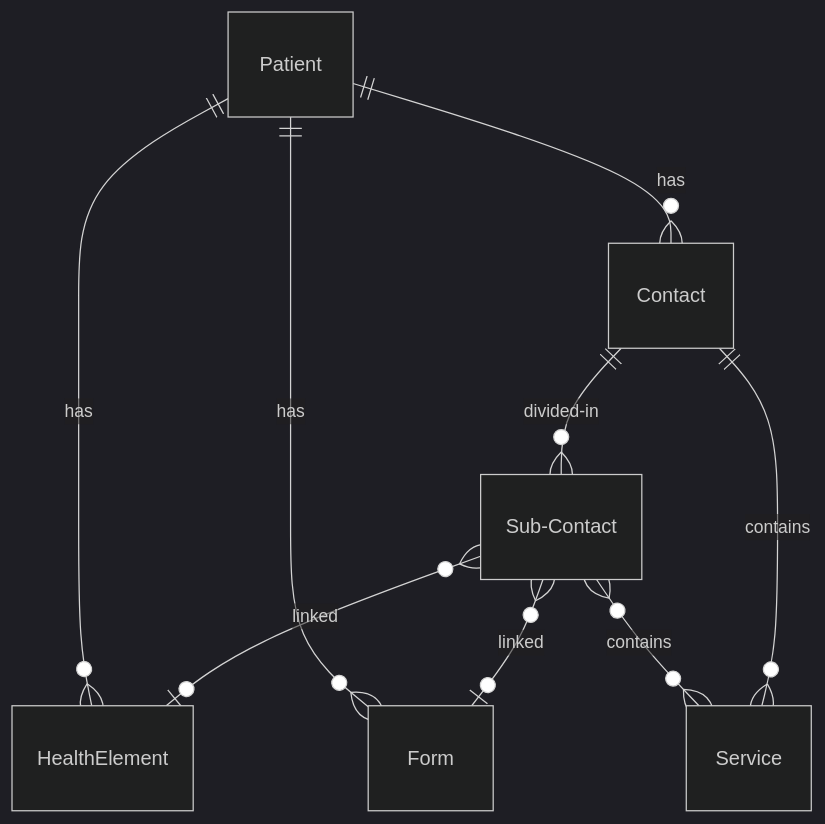
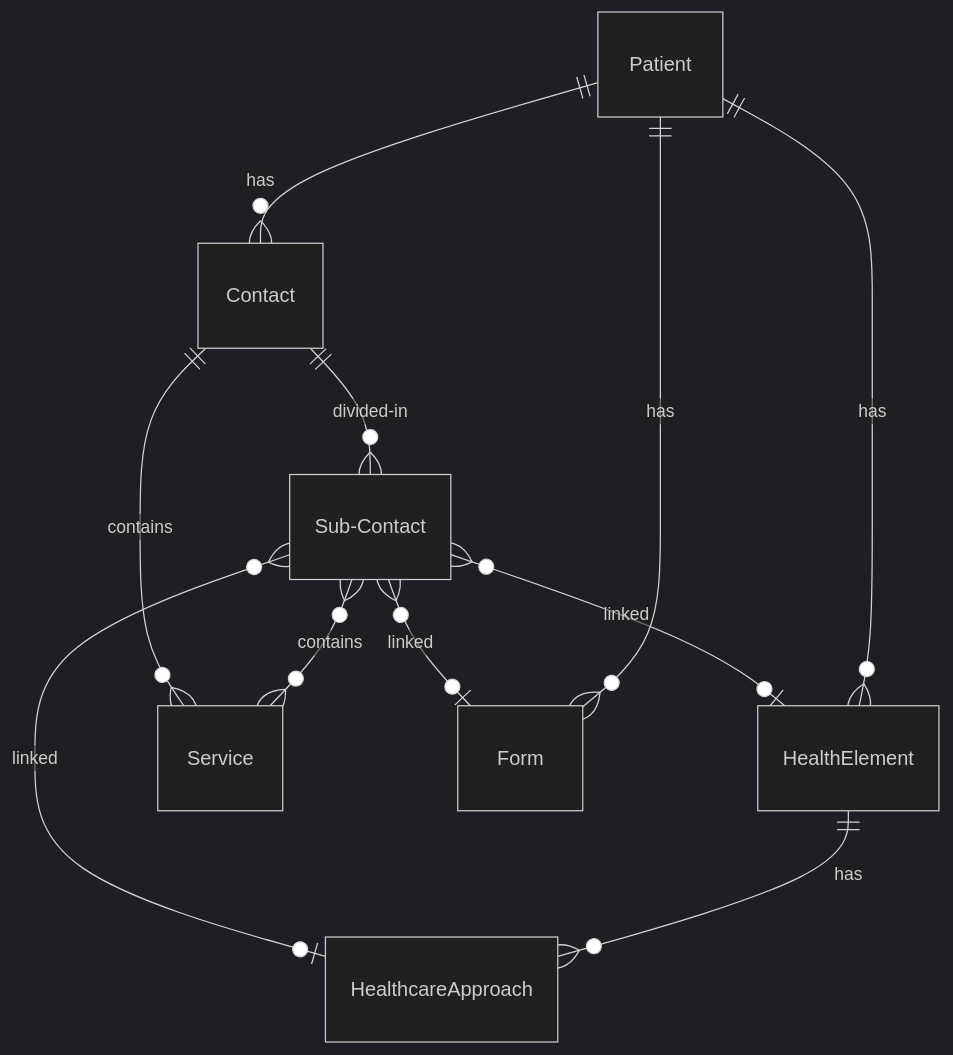
Before and after one commit to icure/medtech-docs: the diagram in nsdk/explanations/data-model/index.mdx, drawn with Mermaid (dark theme). The commit also changed other lines of this file and 15 other files, not shown here.

````diff
--- a/nsdk/explanations/data-model/index.mdx
+++ b/nsdk/explanations/data-model/index.mdx
@@ -48,11 +48,13 @@
 ```mermaid
 erDiagram
     Patient ||--o{ HealthElement : has
-    Patient ||--o{ Form : has
+    HealthElement ||--o{ HealthcareApproach : has
     Patient ||--o{ Contact : has
     Contact ||--o{ Sub-Contact : divided-in
     Sub-Contact }o--o{ Service : contains
+    Patient ||--o{ Form : has
     Contact ||--o{ Service : contains
     Sub-Contact }o--o| HealthElement : linked
+    Sub-Contact }o--o| HealthcareApproach : linked
     Sub-Contact }o--o| Form : linked
 ```
````
